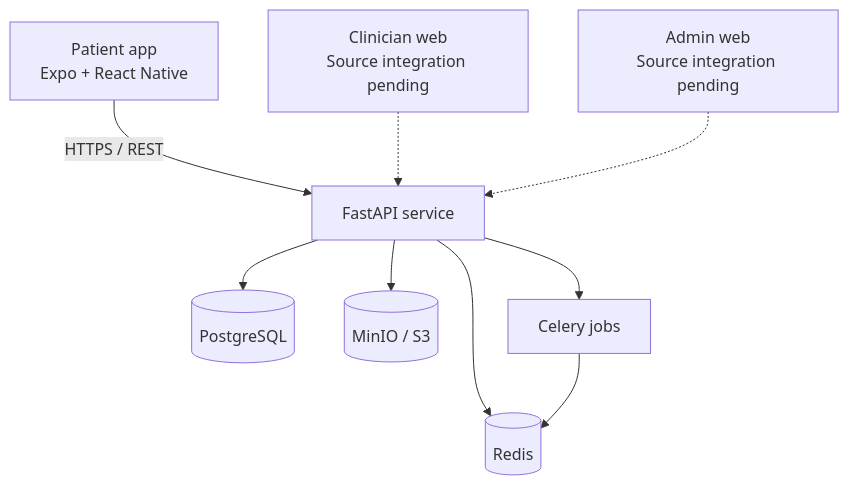
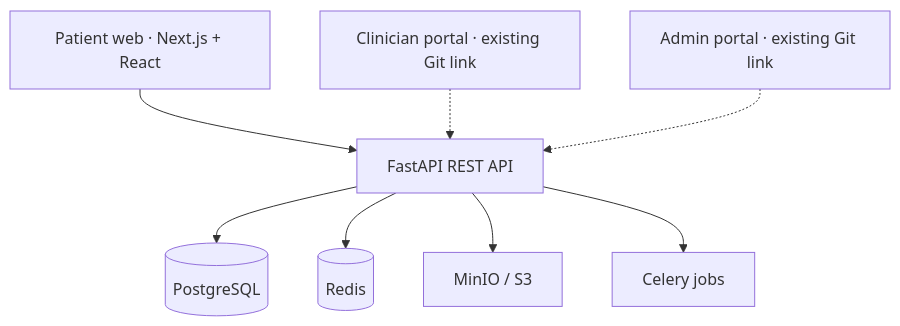
One commit to Gech-E/CareConnect- changed the diagram in README.md. Above: the diagram before and after it, drawn with Mermaid. The commit also changed other lines of this file, not shown here.

Commit message:
docs: update CareConnect README for web-first Next.js architecture

````diff
--- a/README.md
+++ b/README.md
@@ -80,11 +48,10 @@
 ```mermaid
 flowchart TD
-    Patient["Patient app<br/>Expo + React Native"] -->|HTTPS / REST| API["FastAPI service"]
-    Clinician["Clinician web<br/>Source integration pending"] -.-> API
-    Admin["Admin web<br/>Source integration pending"] -.-> API
+    P["Patient web · Next.js + React"] --> API["FastAPI REST API"]
+    C["Clinician portal · existing Git link"] -.-> API
+    A["Admin portal · existing Git link"] -.-> API
     API --> DB[("PostgreSQL")]
-    API --> Cache[("Redis")]
-    API --> Storage[("MinIO / S3")]
-    API --> Tasks["Celery jobs"]
-    Tasks --> Cache
+    API --> R[("Redis")]
+    API --> S["MinIO / S3"]
+    API --> W["Celery jobs"]
 ```
````
